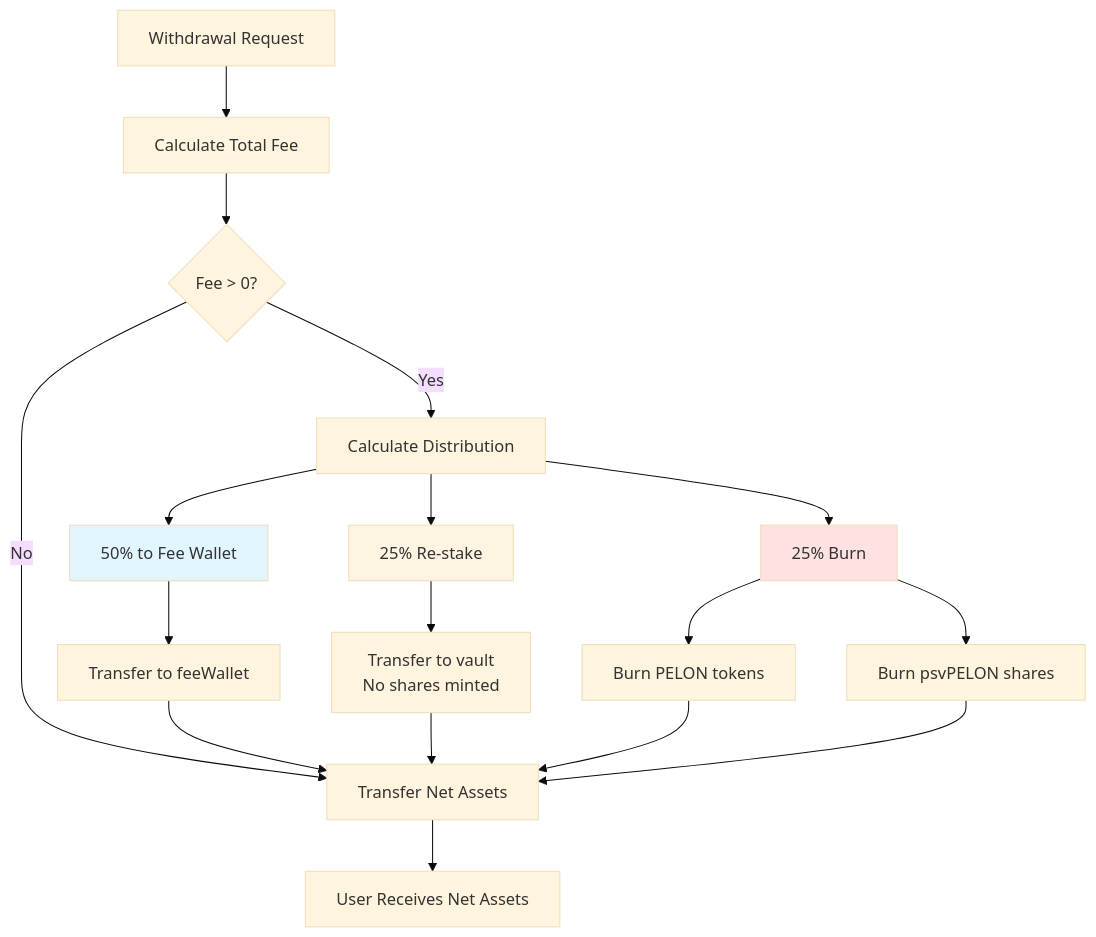
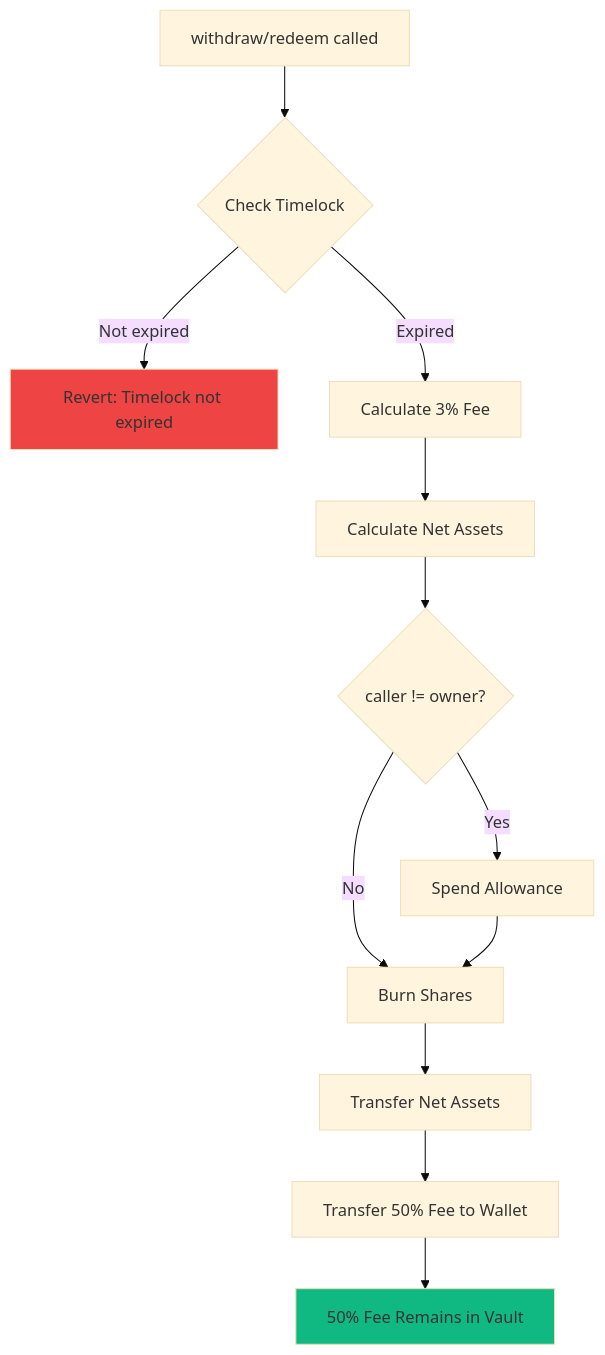
Before and after one commit to PelonClub/PelonClub-BaseNetwork-Monorepo: the third of 3 diagrams in docs/en/pelon-staking-vault-security-analysis.md, drawn with Mermaid (base theme). The commit also changed other lines of this file and 9 other files, not shown here.

````diff
--- a/docs/en/pelon-staking-vault-security-analysis.md
+++ b/docs/en/pelon-staking-vault-security-analysis.md
@@ -700,23 +396,17 @@
 ```mermaid
 flowchart TD
-    A[Withdrawal Request] --> B[Calculate Total Fee]
-    B --> C{Fee > 0?}
-    C -->|No| D[Transfer Net Assets]
-    C -->|Yes| E[Calculate Distribution]
-    E --> F[50% to Fee Wallet]
-    E --> G[25% Re-stake]
-    E --> H[25% Burn]
-    F --> I[Transfer to feeWallet]
-    G --> J[Transfer to vault<br/>No shares minted]
-    H --> K[Burn PELON tokens]
-    H --> L[Burn psvPELON shares]
-    I --> D
-    J --> D
-    K --> D
-    L --> D
-    D --> M[User Receives Net Assets]
+    A[withdraw/redeem called] --> B{Check Timelock}
+    B -->|Not expired| C[Revert: Timelock not expired]
+    B -->|Expired| D[Calculate 3% Fee]
+    D --> E[Calculate Net Assets]
+    E --> F{caller != owner?}
+    F -->|Yes| G[Spend Allowance]
+    F -->|No| H[Burn Shares]
+    G --> H
+    H --> I[Transfer Net Assets]
+    I --> J[Transfer 50% Fee to Wallet]
+    J --> K[50% Fee Remains in Vault]
     
-    style F fill:#e1f5ff
-    style G fill:#fff4e1
-    style H fill:#ffe1e1
+    style C fill:#ef4444
+    style K fill:#10b981
 ```
````
